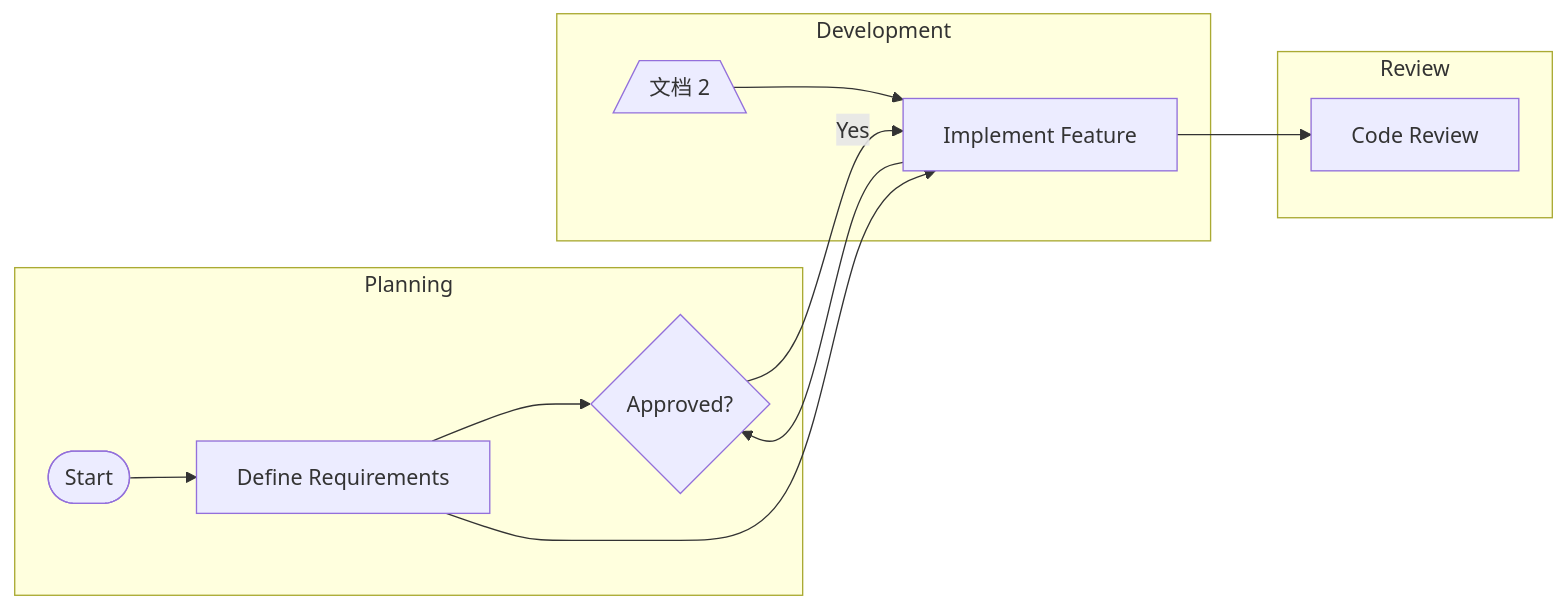
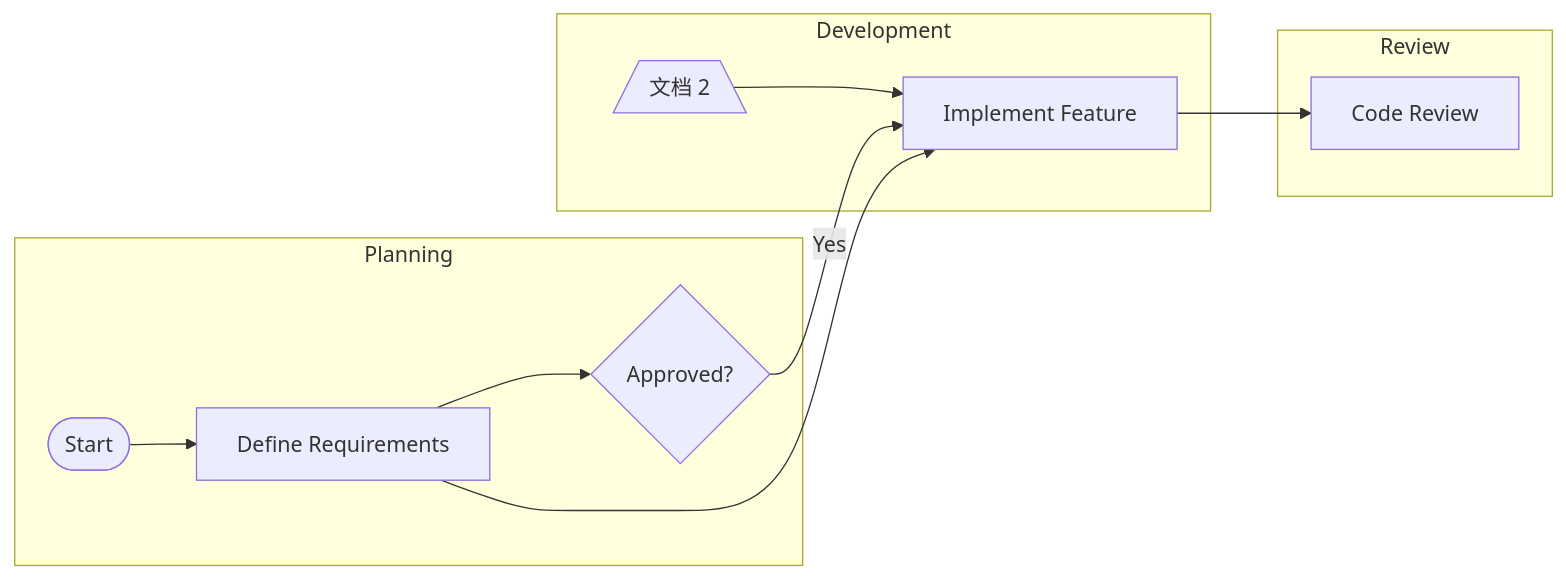
The diagram in mmd/123_db1c1734-f502-4c75-9e0f-54d0fdacbbeb.mmd (pingpm/mermaid_vault), drawn with Mermaid before and after one commit. The commit also changed 2 other files, not shown here.

Commit message:
Sync Mermaid Studio data (9 diagrams)

```diff
--- a/mmd/123_db1c1734-f502-4c75-9e0f-54d0fdacbbeb.mmd
+++ b/mmd/123_db1c1734-f502-4c75-9e0f-54d0fdacbbeb.mmd
@@ -1,20 +1,19 @@
 graph LR
   subgraph lane_lane_1["Planning"]
     t_task_3{"Approved?"}
     t_task_1(["Start"])
     t_task_2["Define Requirements"]
   end
   subgraph lane_lane_2["Development"]
     t_bcb52ef5_1ab2_466e_a13e_b9249e2c2349[/"文档 2"\]
     t_task_4["Implement Feature"]
   end
   subgraph lane_lane_3["Review"]
     t_task_5["Code Review"]
   end
   t_task_1 --> t_task_2
   t_task_2 --> t_task_3
   t_task_3 -->|"Yes"| t_task_4
   t_bcb52ef5_1ab2_466e_a13e_b9249e2c2349 --> t_task_4
   t_task_2 --> t_task_4
   t_task_4 --> t_task_5
-  t_task_4 --> t_task_3
```
